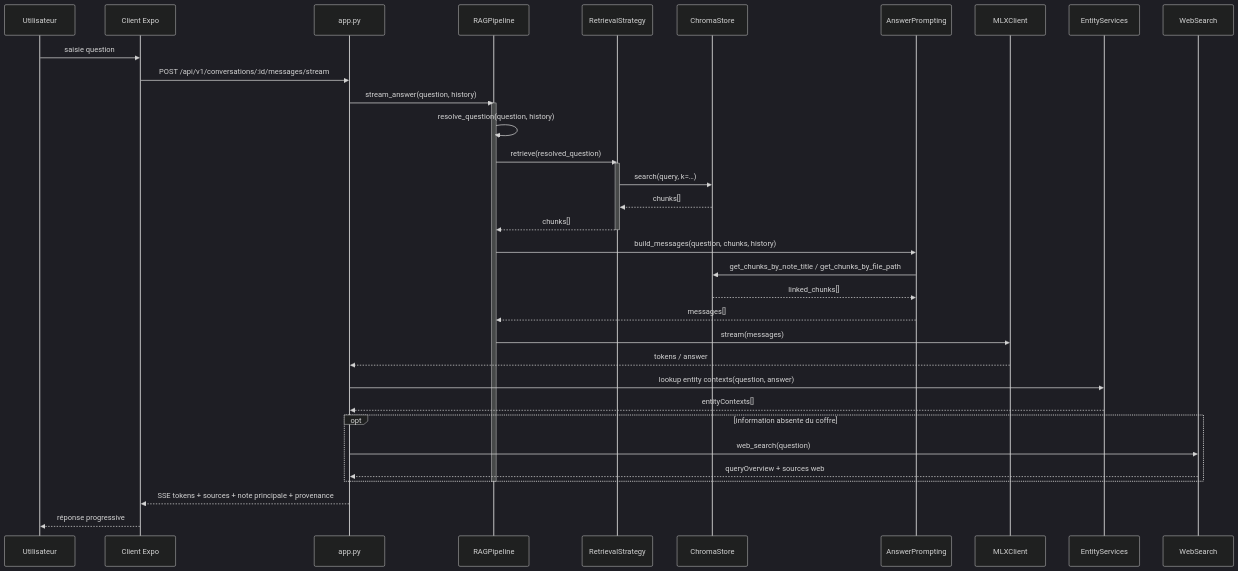
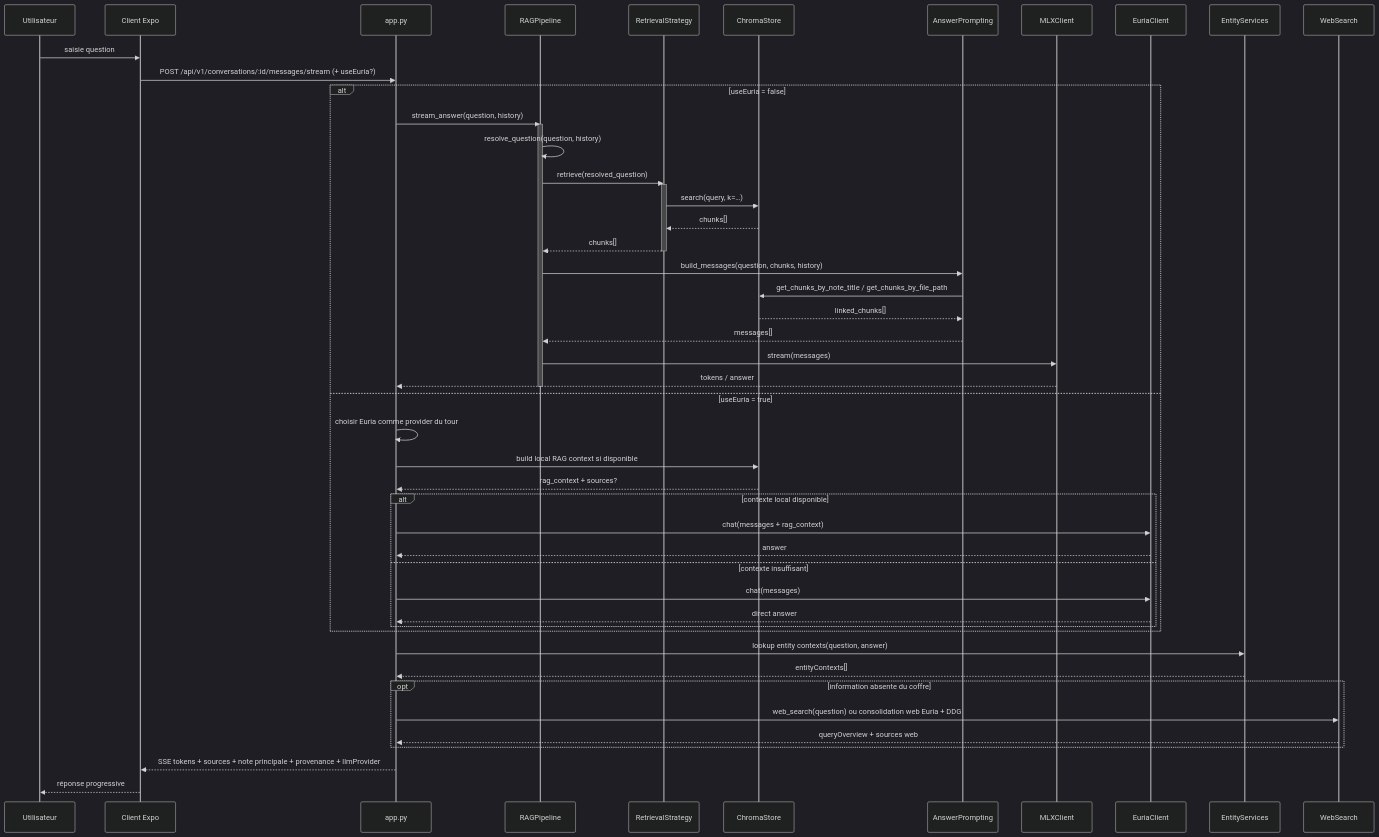
One commit to pat-the-geek/obsirag changed the second of 5 diagrams in docs/sequence.md. Above: the diagram before and after it, drawn with Mermaid (dark theme). The commit also changed other lines of this file and 5 other files, not shown here.

Commit message:
Update docs for Euria and Expo flow

````diff
--- a/docs/sequence.md
+++ b/docs/sequence.md
@@ -47,40 +47,54 @@
 ```mermaid
 sequenceDiagram
     participant U as Utilisateur
     participant EXPO as Client Expo
     participant API as app.py
     participant RAG as RAGPipeline
     participant RS as RetrievalStrategy
     participant CS as ChromaStore
     participant AP as AnswerPrompting
     participant MLX as MLXClient
+    participant EURIA as EuriaClient
     participant ES as EntityServices
     participant WS as WebSearch
 
     U->>EXPO: saisie question
-    EXPO->>API: POST /api/v1/conversations/:id/messages/stream
-    API->>RAG: stream_answer(question, history)
-    activate RAG
-    RAG->>RAG: resolve_question(question, history)
-    RAG->>RS: retrieve(resolved_question)
-    activate RS
-    RS->>CS: search(query, k=…)
-    CS-->>RS: chunks[]
-    RS-->>RAG: chunks[]
-    deactivate RS
-    RAG->>AP: build_messages(question, chunks, history)
-    AP->>CS: get_chunks_by_note_title / get_chunks_by_file_path
-    CS-->>AP: linked_chunks[]
-    AP-->>RAG: messages[]
-    RAG->>MLX: stream(messages)
-    MLX-->>API: tokens / answer
+    EXPO->>API: POST /api/v1/conversations/:id/messages/stream (+ useEuria?)
+    alt useEuria = false
+        API->>RAG: stream_answer(question, history)
+        activate RAG
+        RAG->>RAG: resolve_question(question, history)
+        RAG->>RS: retrieve(resolved_question)
+        activate RS
+        RS->>CS: search(query, k=…)
+        CS-->>RS: chunks[]
+        RS-->>RAG: chunks[]
+        deactivate RS
+        RAG->>AP: build_messages(question, chunks, history)
+        AP->>CS: get_chunks_by_note_title / get_chunks_by_file_path
+        CS-->>AP: linked_chunks[]
+        AP-->>RAG: messages[]
+        RAG->>MLX: stream(messages)
+        MLX-->>API: tokens / answer
+        deactivate RAG
+    else useEuria = true
+        API->>API: choisir Euria comme provider du tour
+        API->>CS: build local RAG context si disponible
+        CS-->>API: rag_context + sources?
+        alt contexte local disponible
+            API->>EURIA: chat(messages + rag_context)
+            EURIA-->>API: answer
+        else contexte insuffisant
+            API->>EURIA: chat(messages)
+            EURIA-->>API: direct answer
+        end
+    end
     API->>ES: lookup entity contexts(question, answer)
     ES-->>API: entityContexts[]
     opt information absente du coffre
-        API->>WS: web_search(question)
+        API->>WS: web_search(question) ou consolidation web Euria + DDG
         WS-->>API: queryOverview + sources web
     end
-    deactivate RAG
-    API-->>EXPO: SSE tokens + sources + note principale + provenance
+    API-->>EXPO: SSE tokens + sources + note principale + provenance + llmProvider
     EXPO-->>U: réponse progressive
 ```
````
